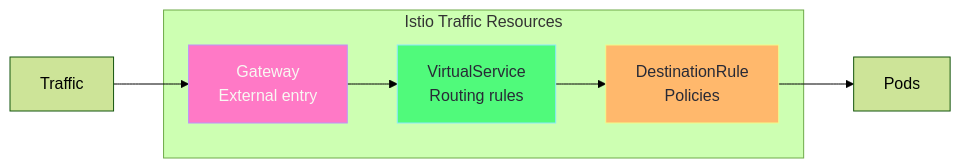
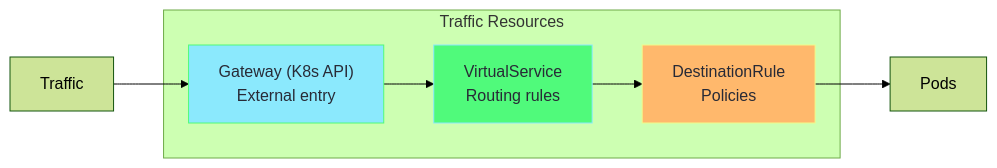
The fifth of 7 diagrams in networking_mastering/06-service-mesh.md (selvakumarperumal/k8s_minikube_learn), drawn with Mermaid (forest theme) before and after one commit. The commit also changed other lines of this file and 1 other file, not shown here.

First line of the commit message:
Update service mesh and Istio examples to use Kubernetes Gateway API

````diff
--- a/networking_mastering/06-service-mesh.md
+++ b/networking_mastering/06-service-mesh.md
@@ -209,14 +226,14 @@
 ```mermaid
 flowchart LR
-    subgraph Resources["Istio Traffic Resources"]
-        GW["Gateway<br/>External entry"]
+    subgraph Resources["Traffic Resources"]
+        GW["Gateway (K8s API)<br/>External entry"]
         VS["VirtualService<br/>Routing rules"]
         DR["DestinationRule<br/>Policies"]
     end
     
     Traffic["Traffic"] --> GW --> VS --> DR --> Pods["Pods"]
     
-    style GW fill:#ff79c6,stroke:#bd93f9,color:#f8f8f2
+    style GW fill:#8be9fd,stroke:#50fa7b,color:#282a36
     style VS fill:#50fa7b,stroke:#8be9fd,color:#282a36
     style DR fill:#ffb86c,stroke:#f1fa8c,color:#282a36
 ```
````
